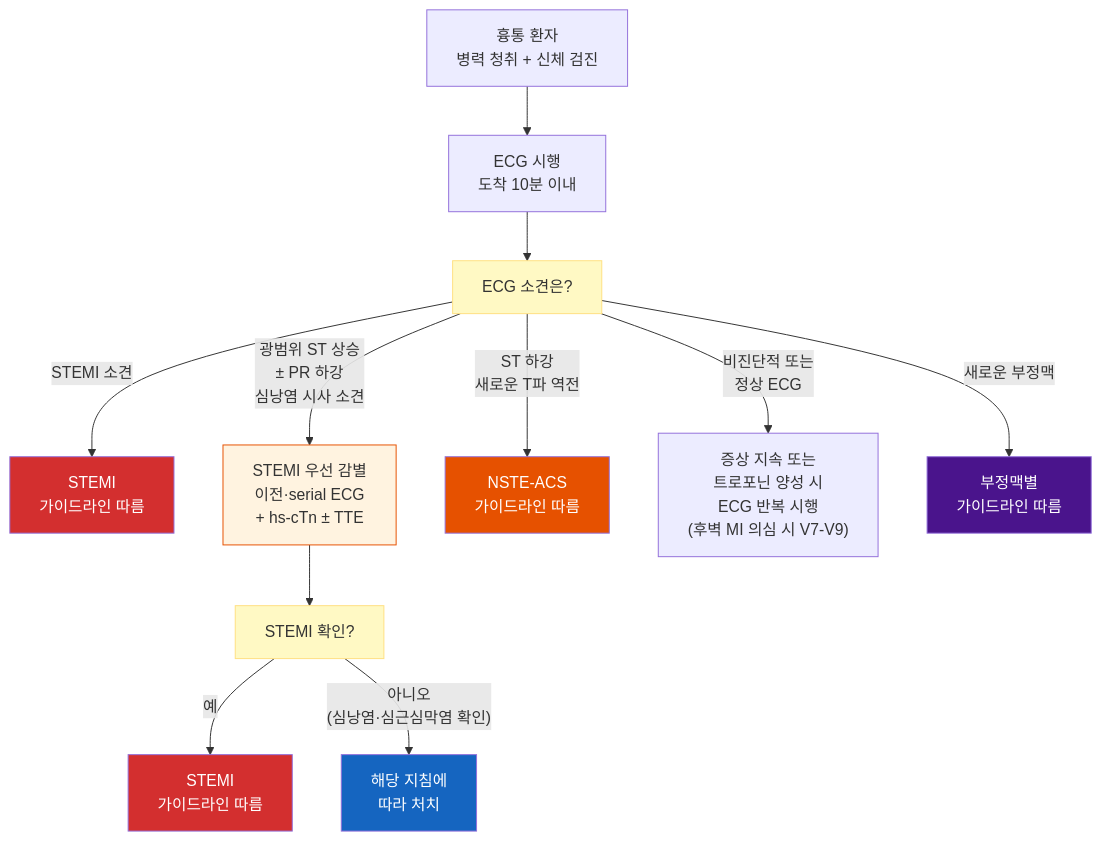
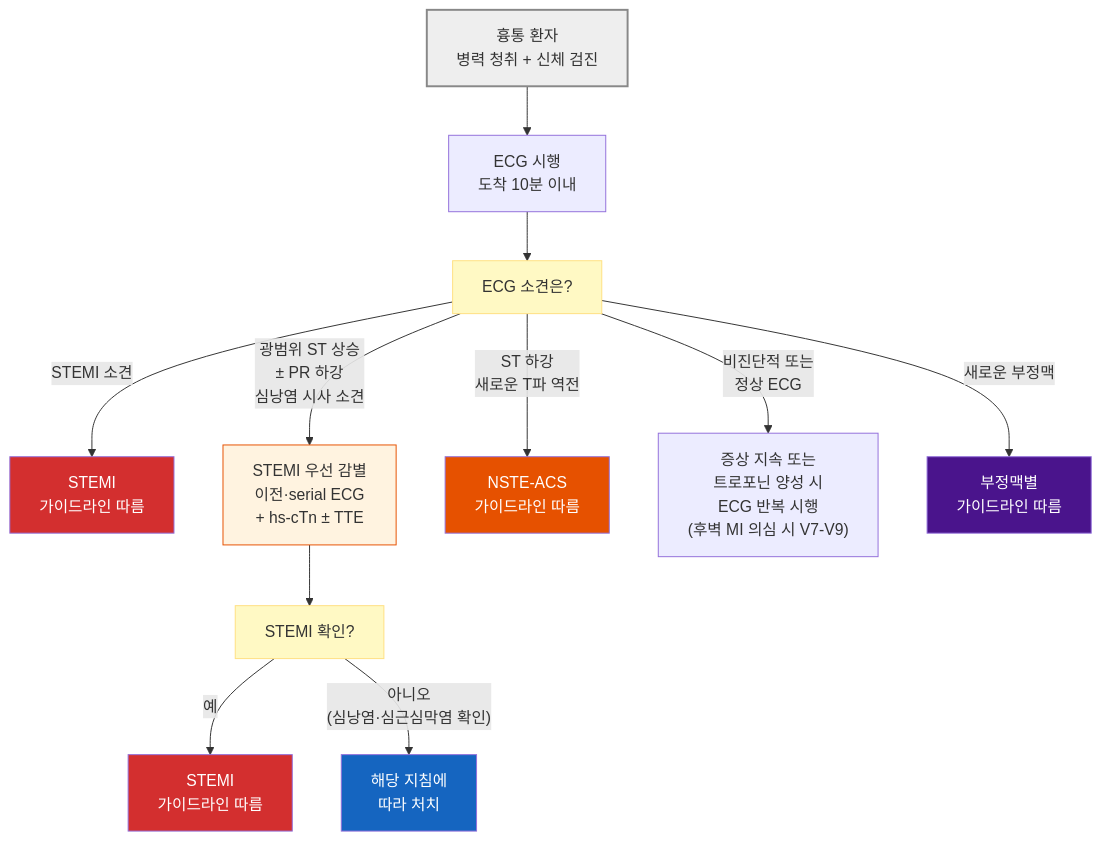
One commit to familyoh77/familyoh77 changed the first of 2 diagrams in 220_/002_-chest-pain.md. Above: the diagram before and after it, drawn with Mermaid. The commit also changed other lines of this file and 4 other files, not shown here.

````diff
--- a/220_/002_-chest-pain.md
+++ b/220_/002_-chest-pain.md
@@ -130,22 +130,23 @@
 ```mermaid
 flowchart TD
     A["흉통 환자<br>병력 청취 + 신체 검진"] --> B["ECG 시행<br>도착 10분 이내"]
     B --> C["ECG 소견은?"]
     C -->|"STEMI 소견"| N["STEMI<br>가이드라인 따름"]
     C -->|"광범위 ST 상승<br>± PR 하강<br>심낭염 시사 소견"| G["STEMI 우선 감별<br>이전·serial ECG<br>+ hs-cTn ± TTE"]
     C -->|"ST 하강<br>새로운 T파 역전"| H["NSTE-ACS<br>가이드라인 따름"]
     C -->|"비진단적 또는<br>정상 ECG"| E["증상 지속 또는<br>트로포닌 양성 시<br>ECG 반복 시행<br>(후벽 MI 의심 시 V7-V9)"]
     C -->|"새로운 부정맥"| M["부정맥별<br>가이드라인 따름"]
     G --> Q["STEMI 확인?"]
     Q -->|"예"| N1["STEMI<br>가이드라인 따름"]
     Q -->|"아니오<br>(심낭염·심근심막염 확인)"| P["해당 지침에<br>따라 처치"]
     style N fill:#d32f2f,color:#fff
     style N1 fill:#d32f2f,color:#fff
     style Q fill:#fff9c4,stroke:#ffe082
     style C fill:#fff9c4,stroke:#ffe082
     style H fill:#e65100,color:#fff
     style G fill:#fff3e0,stroke:#e65100
     style P fill:#1565c0,color:#fff
     style M fill:#4a148c,color:#fff
 
+    style A fill:#eeeeee,stroke:#888888,stroke-width:2px
 ```
````
